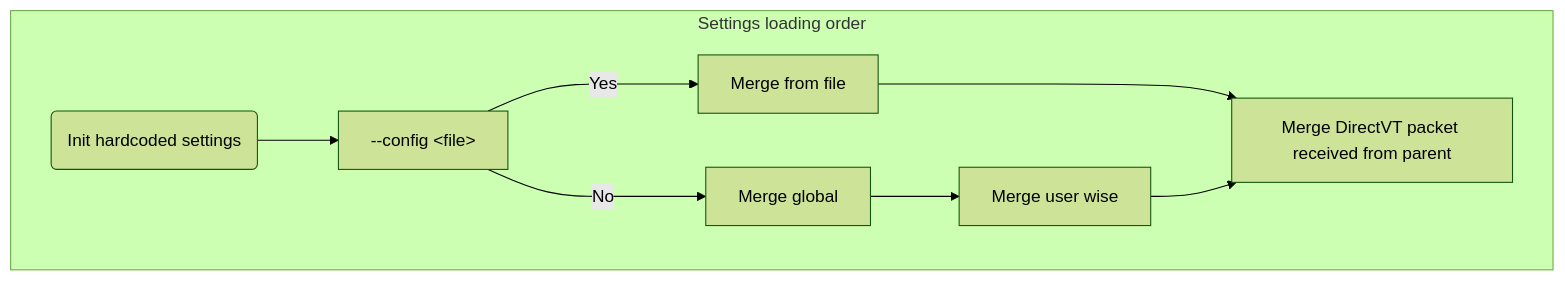
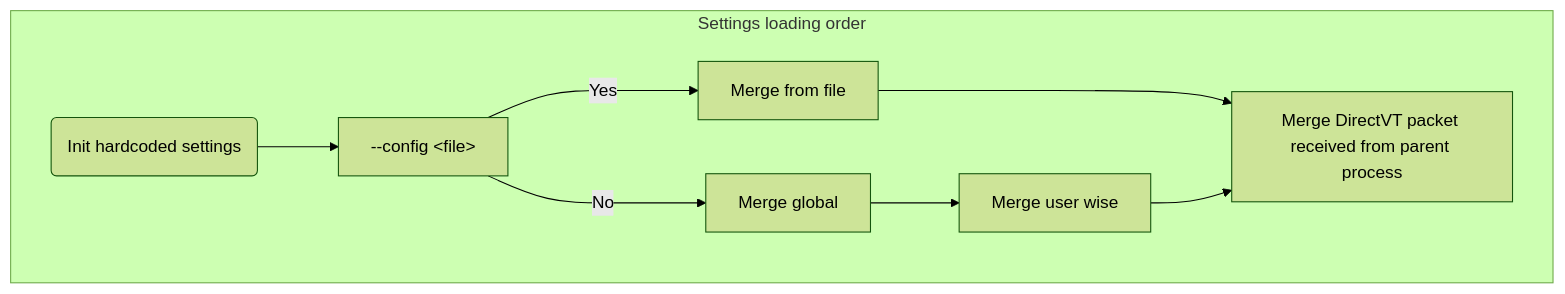
The diagram in doc/settings.md (directvt/vtm), drawn with Mermaid (forest theme) before and after one commit.

Commit message:
#465: Update settings.md

````diff
--- a/doc/settings.md
+++ b/doc/settings.md
@@ -3,13 +3,13 @@
 ```mermaid
 graph LR
     subgraph Settings loading order
     direction LR
         B(Init hardcoded settings)
         B --> C["--config #lt;file#gt;"]
         C -->|Yes| D[Merge from file]
         C --->|No| F[Merge global]
         F --> G[Merge user wise]
-        D ---> H[Merge DirectVT packet received from parent]
+        D ---> H[Merge DirectVT packet received from parent process]
         G --> H
     end
 ```
````
